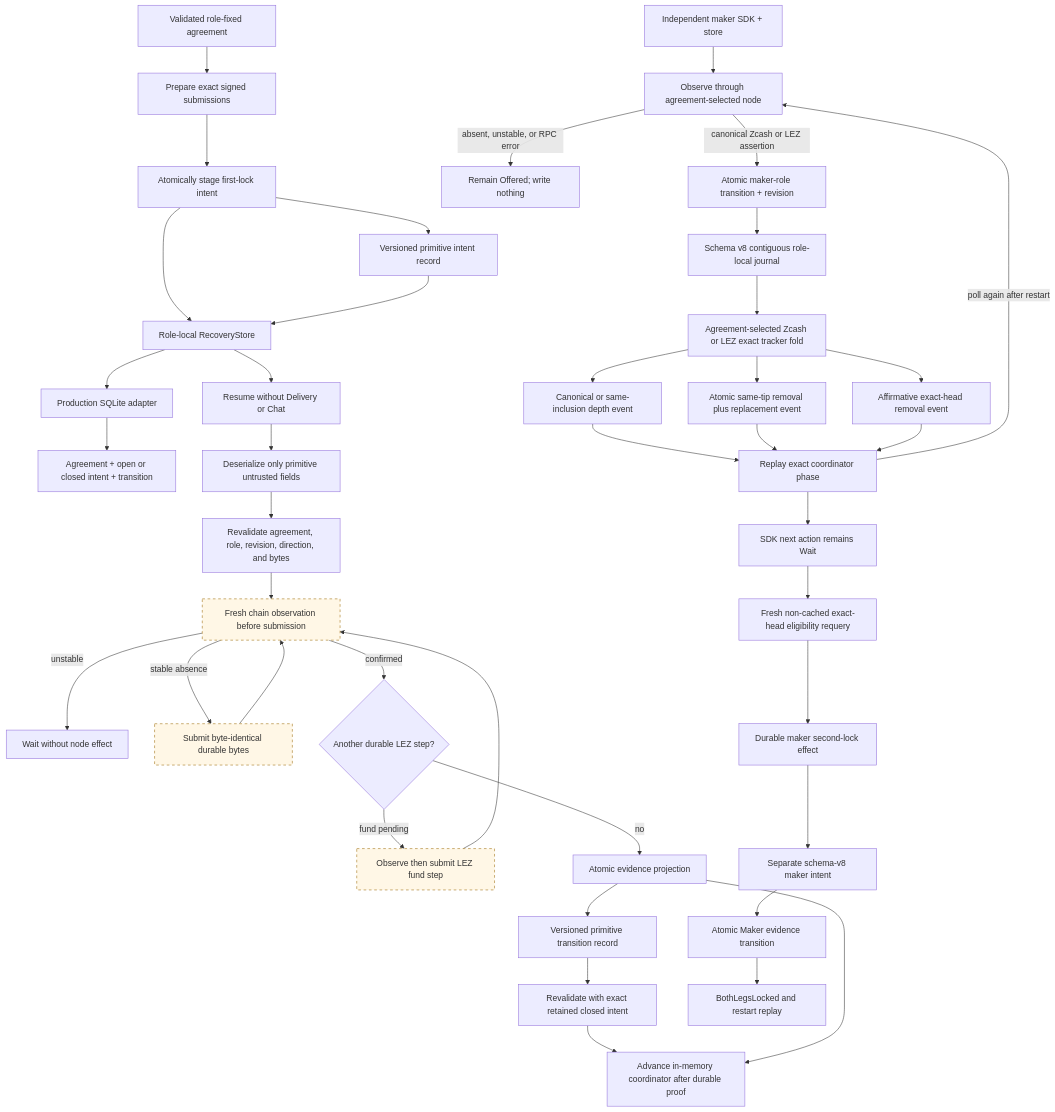
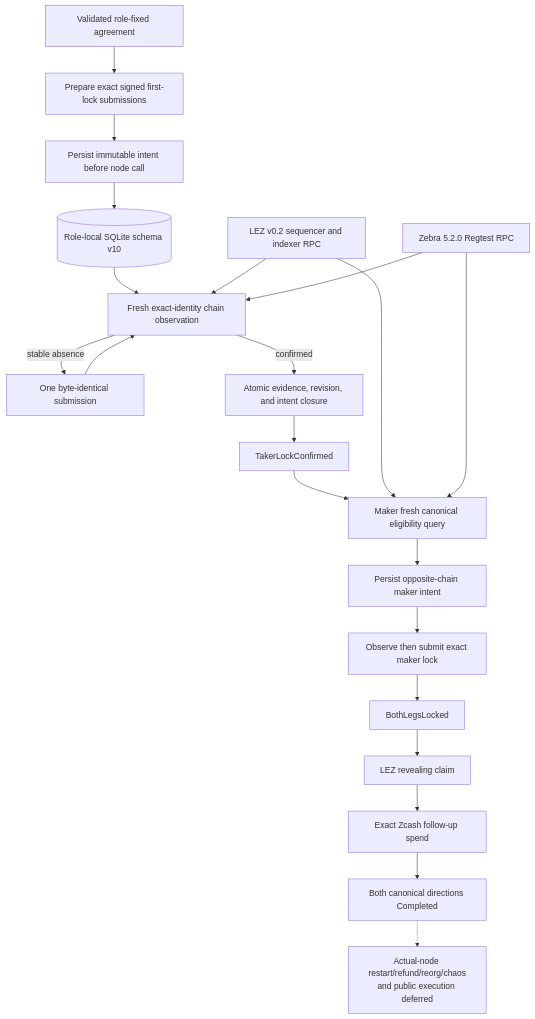
The diagram in docs/architecture/0017-crash-safe-first-lock-intent.md (gateway-fm/lez-atomic-swaps), drawn with Mermaid before and after one commit. The commit also changed other lines of this file and 12 other files, not shown here.

Commit message:
docs: reconcile M2 architecture with canonical evidence

````diff
--- a/docs/architecture/0017-crash-safe-first-lock-intent.md
+++ b/docs/architecture/0017-crash-safe-first-lock-intent.md
@@ -6,47 +5,23 @@
 ```mermaid
 flowchart TB
-    Accepted["Validated role-fixed agreement"] --> Prepare["Prepare exact signed submissions"]
-    Prepare --> Stage["Atomically stage first-lock intent"]
-    Stage --> Durable["Role-local RecoveryStore"]
-    Stage --> Encode["Versioned primitive intent record"]
-    Encode --> Durable
-    Durable --> SQLite["Production SQLite adapter"]
-    SQLite --> Tables["Agreement + open or closed intent + transition"]
-    Durable --> Restart["Resume without Delivery or Chat"]
-    Restart --> Decode["Deserialize only primitive untrusted fields"]
-    Decode --> Revalidate["Revalidate agreement, role, revision, direction, and bytes"]
-    Revalidate --> Observe["Fresh chain observation before submission"]
-    Observe -->|"unstable"| Wait["Wait without node effect"]
-    Observe -->|"stable absence"| Submit["Submit byte-identical durable bytes"]
+    Agreement["Validated role-fixed agreement"] --> Prepare["Prepare exact signed first-lock submissions"]
+    Prepare --> Stage["Persist immutable intent before node call"]
+    Stage --> Store[("Role-local SQLite schema v10")]
+    Store --> Observe["Fresh exact-identity chain observation"]
+    Observe -->|"stable absence"| Submit["One byte-identical submission"]
     Submit --> Observe
-    Observe -->|"confirmed"| Next{"Another durable LEZ step?"}
-    Next -->|"fund pending"| Fund["Observe then submit LEZ fund step"]
-    Fund --> Observe
-    Next -->|"no"| Projection["Atomic evidence projection"]
-    Projection --> Transition["Versioned primitive transition record"]
-    Transition --> ClosedIntent["Revalidate with exact retained closed intent"]
-    ClosedIntent --> Core
-    Projection --> Core["Advance in-memory coordinator after durable proof"]
-
-    Maker["Independent maker SDK + store"] --> MakerObserve["Observe through agreement-selected node"]
-    MakerObserve -->|"absent, unstable, or RPC error"| MakerWait["Remain Offered; write nothing"]
-    MakerObserve -->|"canonical Zcash or LEZ assertion"| MakerProjection["Atomic maker-role transition + revision"]
-    MakerProjection --> Journal["Schema v8 contiguous role-local journal"]
-    Journal --> Tracker["Agreement-selected Zcash or LEZ exact tracker fold"]
-    Tracker --> Canonical["Canonical or same-inclusion depth event"]
-    Tracker --> Replaced["Atomic same-tip removal plus replacement event"]
-    Tracker --> Removed["Affirmative exact-head removal event"]
-    Canonical --> MakerCore["Replay exact coordinator phase"]
-    Replaced --> MakerCore
-    Removed --> MakerCore
-    MakerCore -->|"poll again after restart"| MakerObserve
-    MakerCore --> Gate["SDK next action remains Wait"]
-    Gate --> Fresh["Fresh non-cached exact-head eligibility requery"]
-    Fresh --> MakerEffect["Durable maker second-lock effect"]
-    MakerEffect --> MakerIntent["Separate schema-v8 maker intent"]
-    MakerIntent --> MakerTransition["Atomic Maker evidence transition"]
-    MakerTransition --> MakerBoth["BothLegsLocked and restart replay"]
-
-    classDef planned stroke-dasharray: 5 5,fill:#fff7e6,stroke:#9a6700;
-    class Observe,Submit,Fund planned;
+    Observe -->|"confirmed"| Commit["Atomic evidence, revision, and intent closure"]
+    Commit --> First["TakerLockConfirmed"]
+    First --> MakerFresh["Maker fresh canonical eligibility query"]
+    MakerFresh --> MakerIntent["Persist opposite-chain maker intent"]
+    MakerIntent --> MakerSubmit["Observe then submit exact maker lock"]
+    MakerSubmit --> Both["BothLegsLocked"]
+    Both --> Reveal["LEZ revealing claim"]
+    Reveal --> Followup["Exact Zcash follow-up spend"]
+    Followup --> Complete["Both canonical directions Completed"]
+    Lez["LEZ v0.2 sequencer and indexer RPC"] --> Observe
+    Lez --> MakerFresh
+    Zebra["Zebra 5.2.0 Regtest RPC"] --> Observe
+    Zebra --> MakerFresh
+    Complete -.-> Deferred["Actual-node restart/refund/reorg/chaos<br/>and public execution deferred"]
 ```
````
